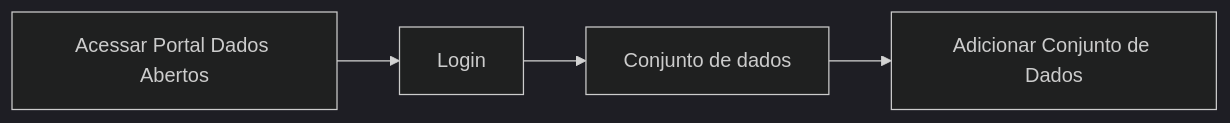
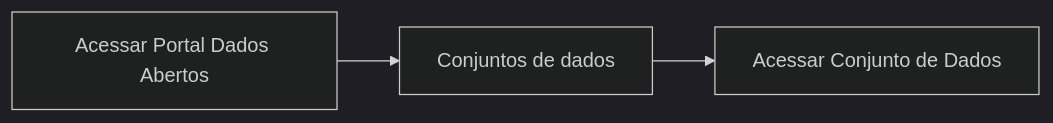
One commit to transparencia-mg/work-stefanini changed the diagram in docs/estorias_de_usuarios/sprint_05/09_aprimorar_pagina_do_recurso.md. Above: the diagram before and after it, drawn with Mermaid (dark theme). The commit also changed other lines of this file and 3 other files, not shown here.

````diff
--- a/docs/estorias_de_usuarios/sprint_05/09_aprimorar_pagina_do_recurso.md
+++ b/docs/estorias_de_usuarios/sprint_05/09_aprimorar_pagina_do_recurso.md
@@ -7,7 +7,6 @@
 ```mermaid
 graph LR;
     1[Acessar Portal Dados Abertos]-->2;
-    2[Login]-->3;
-    3[Conjunto de dados]-->4;
-    4[Adicionar Conjunto de Dados]
+    2[Conjuntos de dados]-->3;
+    3[Acessar Conjunto de Dados]
 ```
````
